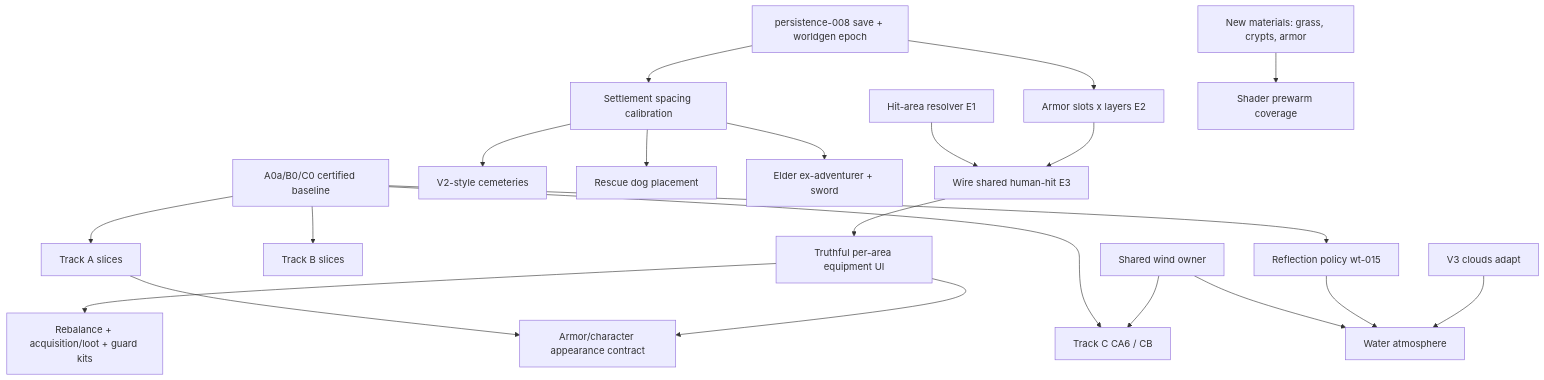
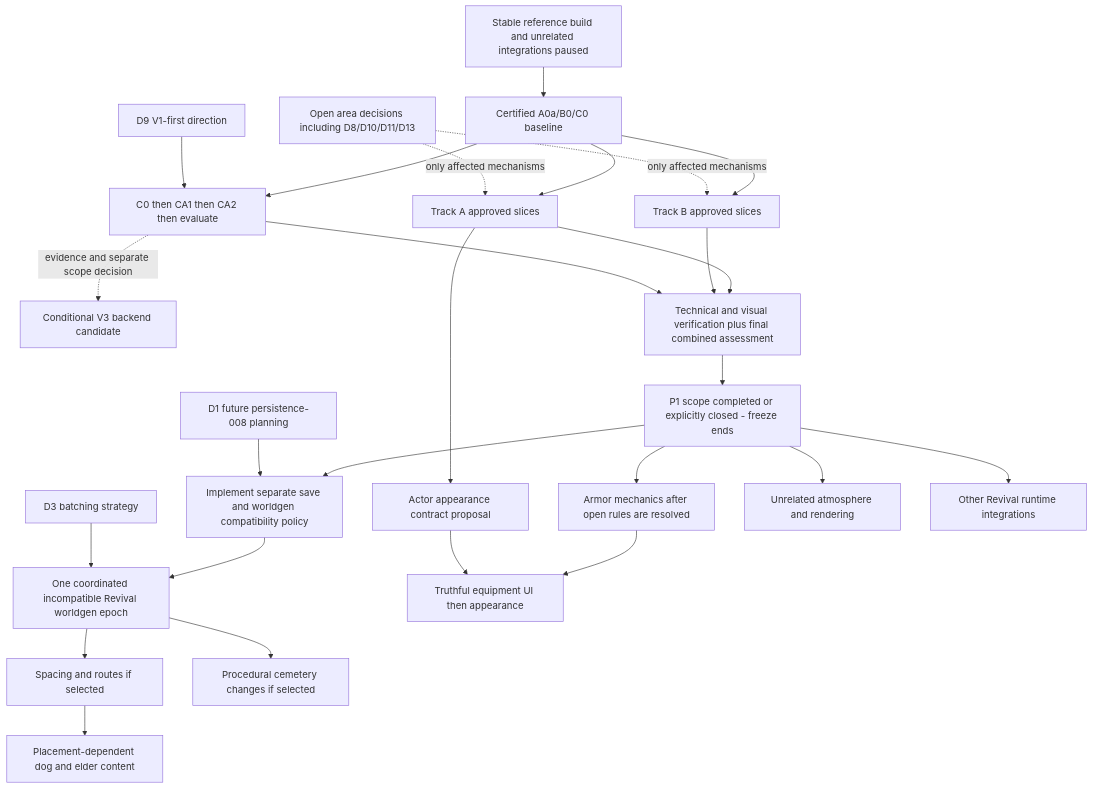
The diagram in docs/research/v1-revival/2026-10-27--master-revival-roadmap.md (jm-sky/seedvale-v1), drawn with Mermaid before and after one commit. The commit also changed other lines of this file and 8 other files, not shown here.

Commit message:
docs(revival): record approved D1 D3 D4 D9 decisions and performance-first priority

````diff
--- a/docs/research/v1-revival/2026-10-27--master-revival-roadmap.md
+++ b/docs/research/v1-revival/2026-10-27--master-revival-roadmap.md
@@ -48,21 +50,28 @@
 ```mermaid
 graph TD
-  BASE[A0a/B0/C0 certified baseline] --> A[Track A slices]
-  BASE --> B[Track B slices]
-  BASE --> C[Track C CA6 / CB]
-  BASE --> REFL[Reflection policy wt-015]
-  SAVE[persistence-008 save + worldgen epoch] --> SPACE[Settlement spacing calibration]
-  SAVE --> E2[Armor slots x layers E2]
-  SPACE --> CEM[V2-style cemeteries]
-  SPACE --> DOG[Rescue dog placement] 
-  SPACE --> ELDER[Elder ex-adventurer + sword]
-  E1[Hit-area resolver E1] --> E3[Wire shared human-hit E3]
-  E2 --> E3 --> EUI[Truthful per-area equipment UI] --> BAL[Rebalance + acquisition/loot + guard kits]
-  A --> LOOK[Armor/character appearance contract]
-  EUI --> LOOK
-  WIND[Shared wind owner] --> C
-  WIND --> WATER[Water atmosphere]
-  REFL --> WATER
-  CLOUDS[V3 clouds adapt] --> WATER
-  NEWMAT[New materials: grass, crypts, armor] --> PREWARM[Shader prewarm coverage]
+  REF[Stable reference build and unrelated integrations paused] --> BASE[Certified A0a/B0/C0 baseline]
+  BASE --> A[Track A approved slices]
+  BASE --> B[Track B approved slices]
+  BASE --> C[C0 then CA1 then CA2 then evaluate]
+  D9[D9 V1-first direction] --> C
+  C -. evidence and separate scope decision .-> CB[Conditional V3 backend candidate]
+  DEC[Open area decisions including D8/D10/D11/D13] -. only affected mechanisms .-> A
+  DEC -. only affected mechanisms .-> B
+  A --> FINAL[Technical and visual verification plus final combined assessment]
+  B --> FINAL
+  C --> FINAL
+  FINAL --> EXIT[P1 scope completed or explicitly closed - freeze ends]
+  EXIT --> SAVE[Implement separate save and worldgen compatibility policy]
+  D1[D1 future persistence-008 planning] --> SAVE
+  SAVE --> EPOCH[One coordinated incompatible Revival worldgen epoch]
+  D3[D3 batching strategy] --> EPOCH
+  EPOCH --> SPACE[Spacing and routes if selected]
+  EPOCH --> CEM[Procedural cemetery changes if selected]
+  SPACE --> STORIES[Placement-dependent dog and elder content]
+  EXIT --> ARM[Armor mechanics after open rules are resolved]
+  ARM --> EUI[Truthful equipment UI then appearance]
+  A --> LOOK[Actor appearance contract proposal]
+  LOOK --> EUI
+  EXIT --> ATM[Unrelated atmosphere and rendering]
+  EXIT --> OTHER[Other Revival runtime integrations]
 ```
````
